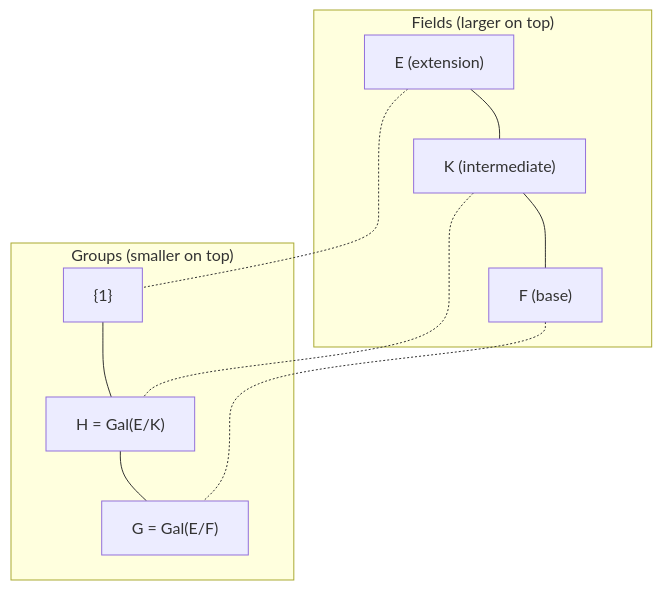
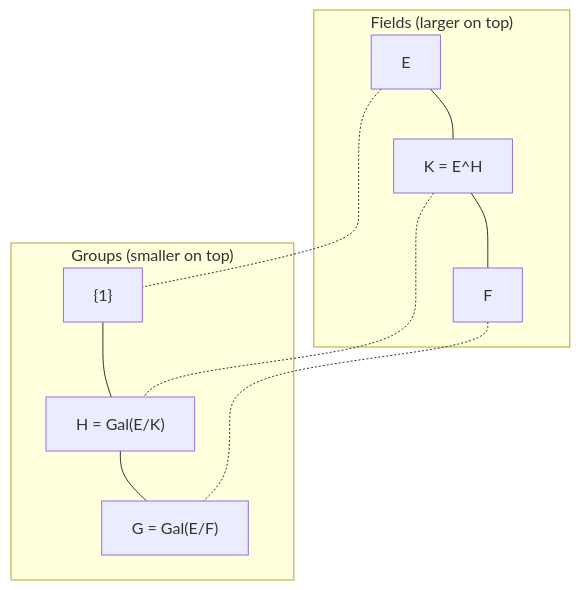
One commit to Euler2023/Exercise_Abastract changed the diagram in 05 - Galois Theory/Concepts/Fundamental Theorem.md. Above: the diagram before and after it, drawn with Mermaid. The commit also changed other lines of this file and 196 other files, not shown here.

````diff
--- a/05 - Galois Theory/Concepts/Fundamental Theorem.md
+++ b/05 - Galois Theory/Concepts/Fundamental Theorem.md
@@ -43,21 +162,20 @@
 ```mermaid
 graph TB
     subgraph "Fields (larger on top)"
-        E["E (extension)"]
-        K["K (intermediate)"]
-        F["F (base)"]
+        E["E"]
+        K["K = E^H"]
+        F["F"]
     end
 
     subgraph "Groups (smaller on top)"
-        id["{1}"]
+        I["{1}"]
         H["H = Gal(E/K)"]
         G["G = Gal(E/F)"]
     end
 
     E --- K --- F
-    id --- H --- G
-
-    E -..- id
+    I --- H --- G
+    E -..- I
     K -..- H
     F -..- G
 ```
````
